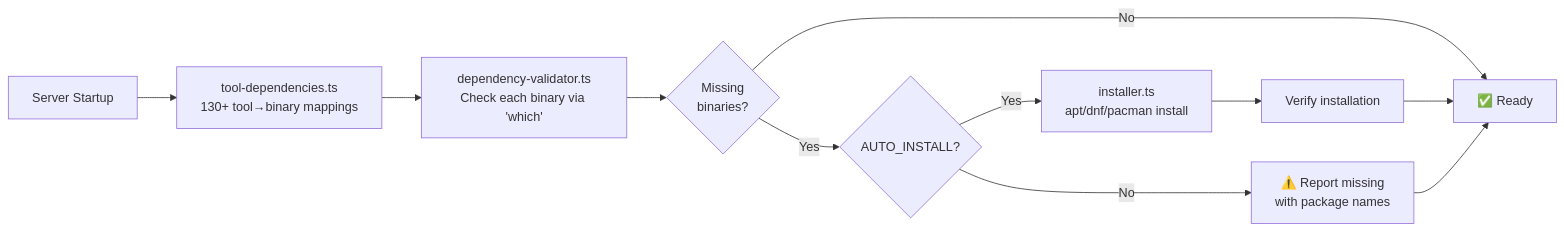
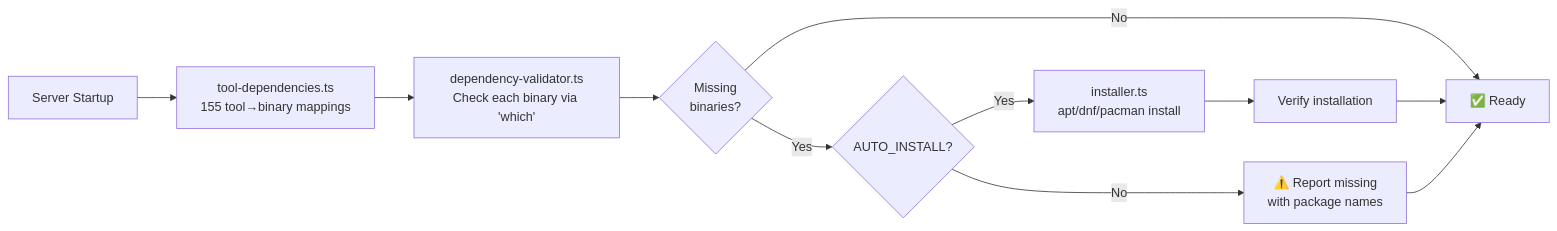
Before and after one commit to bottobot/defense-mcp-server: the third of 3 diagrams in README.md, drawn with Mermaid. The commit also changed other lines of this file, not shown here.

````diff
--- a/README.md
+++ b/README.md
@@ -504,13 +557,13 @@
 ```mermaid
 flowchart LR
-    A["Server Startup"] --> B["tool-dependencies.ts<br/>130+ tool→binary mappings"]
+    A["Server Startup"] --> B["tool-dependencies.ts<br/>155 tool→binary mappings"]
     B --> C["dependency-validator.ts<br/>Check each binary via 'which'"]
     C --> D{"Missing<br/>binaries?"}
     D -->|No| E["✅ Ready"]
     D -->|Yes| F{"AUTO_INSTALL?"}
     F -->|Yes| G["installer.ts<br/>apt/dnf/pacman install"]
     G --> H["Verify installation"]
     H --> E
     F -->|No| I["⚠️ Report missing<br/>with package names"]
     I --> E
 ```
````
